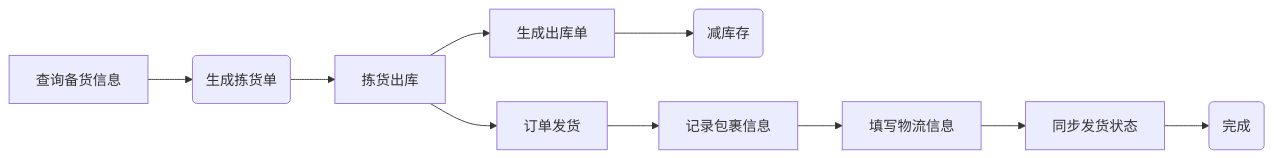
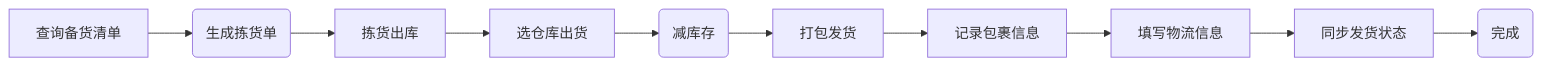
One commit to zeasin/qihangerp changed the third of 3 diagrams in README.md. Above: the diagram before and after it, drawn with Mermaid.

Commit message:
更新发货流程说明

````diff
--- a/README.md
+++ b/README.md
@@ -69,13 +69,13 @@
 ```mermaid
 graph LR
-A[查询备货信息] -->B(生成拣货单)
+A[查询备货清单] -->B(生成拣货单)
     B --> C[拣货出库]
-    C --> D[生成出库单]
+    C --> D[选仓库出货]
     D --> E(减库存)
-    C --> F[订单发货]
+    E --> F[打包发货]
     F --> F1[记录包裹信息]
     F1 --> G[填写物流信息]
     G --> G1[同步发货状态]
     G1 --> H(完成)
 
 ```
````
